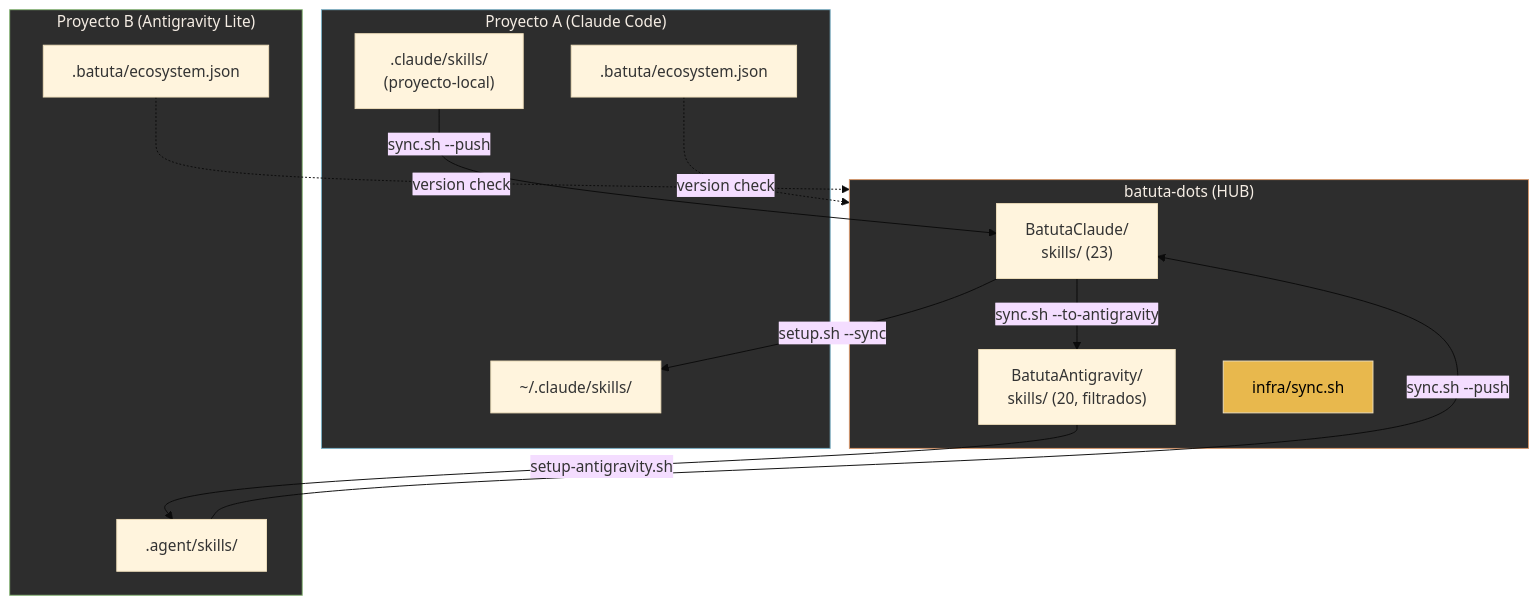
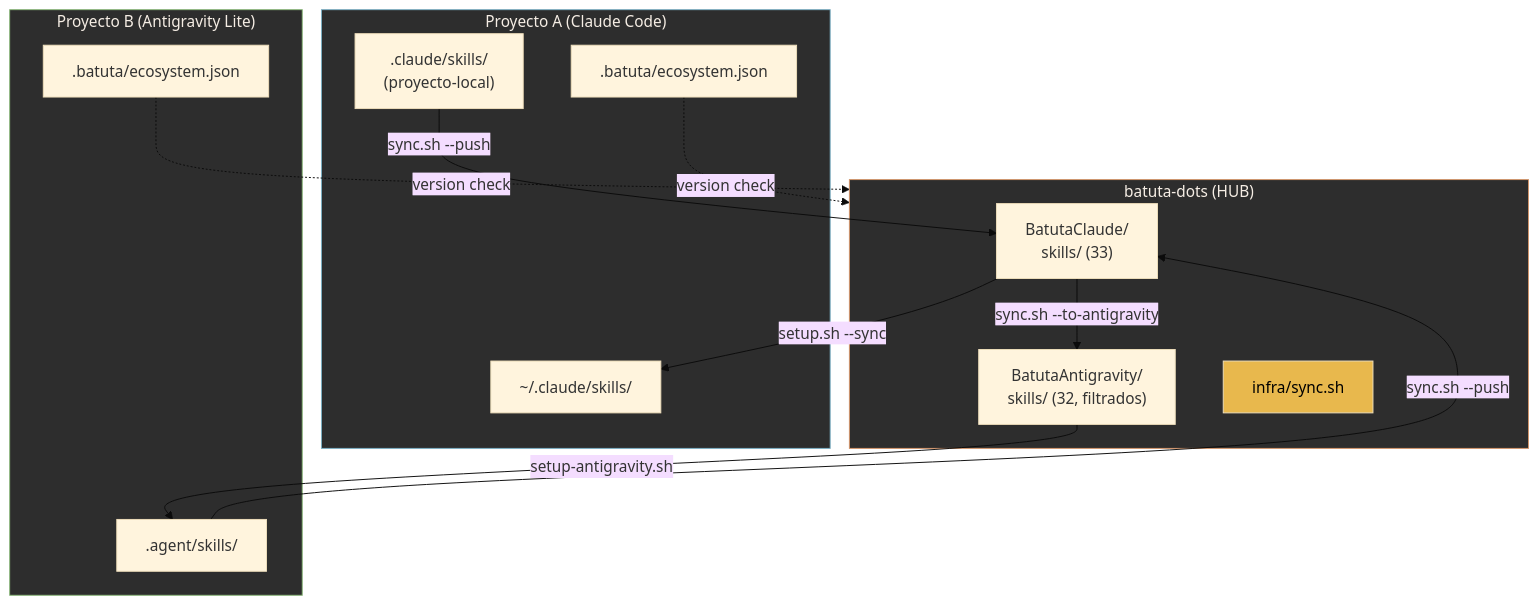
One commit to jota-batuta/batuta-dots changed diagram 22 of 23 in docs/architecture/arquitectura-diagrama.md. Above: the diagram before and after it, drawn with Mermaid (base theme). The commit also changed other lines of this file and 55 other files, not shown here.

````diff
--- a/docs/architecture/arquitectura-diagrama.md
+++ b/docs/architecture/arquitectura-diagrama.md
@@ -805,34 +805,34 @@
 ```mermaid
 flowchart TD
     subgraph HUB["batuta-dots (HUB)"]
-        BC["BatutaClaude/<br/>skills/ (23)"]
-        BA["BatutaAntigravity/<br/>skills/ (20, filtrados)"]
+        BC["BatutaClaude/<br/>skills/ (33)"]
+        BA["BatutaAntigravity/<br/>skills/ (32, filtrados)"]
         SYNC["infra/sync.sh"]
     end
 
     subgraph SPOKE_CLAUDE["Proyecto A (Claude Code)"]
         PC_SKILLS["~/.claude/skills/"]
         PC_LOCAL[".claude/skills/<br/>(proyecto-local)"]
         PC_ECO[".batuta/ecosystem.json"]
     end
 
     subgraph SPOKE_ANTIGRAVITY["Proyecto B (Antigravity Lite)"]
         PA_SKILLS[".agent/skills/"]
         PA_ECO[".batuta/ecosystem.json"]
     end
 
     BC -->|"setup.sh --sync"| PC_SKILLS
     BC -->|"sync.sh --to-antigravity"| BA
     BA -->|"setup-antigravity.sh"| PA_SKILLS
 
     PC_LOCAL -->|"sync.sh --push"| BC
     PA_SKILLS -->|"sync.sh --push"| BC
 
     PC_ECO -.->|"version check"| HUB
     PA_ECO -.->|"version check"| HUB
 
     style HUB fill:#2d2d2d,stroke:#D4956A,color:#F5EDE4
     style SPOKE_CLAUDE fill:#2d2d2d,stroke:#7AAFC4,color:#F5EDE4
     style SPOKE_ANTIGRAVITY fill:#2d2d2d,stroke:#8BB87A,color:#F5EDE4
     style SYNC fill:#E8B84D,color:#000
 ```
````
